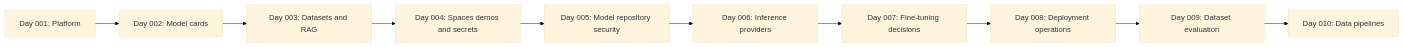
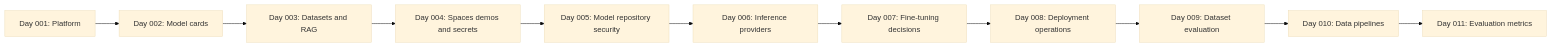
One commit to codetherapistpita-oss/codetherapistpita-oss changed the diagram in knowledge-hub/05-AI-AND-LLMS/AI-ACADEMY/PLATFORMS/HUGGING-FACE/SEASON-01/README.md. Above: the diagram before and after it, drawn with Mermaid (base theme). The commit also changed other lines of this file, not shown here.

Commit message:
academy: link Day 011 in platform and academy indexes

````diff
--- a/knowledge-hub/05-AI-AND-LLMS/AI-ACADEMY/PLATFORMS/HUGGING-FACE/SEASON-01/README.md
+++ b/knowledge-hub/05-AI-AND-LLMS/AI-ACADEMY/PLATFORMS/HUGGING-FACE/SEASON-01/README.md
@@ -26,12 +27,13 @@
 ```mermaid
 flowchart LR
  A[Day 001: Platform] --> B[Day 002: Model cards]
  B --> C[Day 003: Datasets and RAG]
  C --> D[Day 004: Spaces demos and secrets]
  D --> E[Day 005: Model repository security]
  E --> F[Day 006: Inference providers]
  F --> G[Day 007: Fine-tuning decisions]
  G --> H[Day 008: Deployment operations]
  H --> I[Day 009: Dataset evaluation]
  I --> J[Day 010: Data pipelines]
+ J --> K[Day 011: Evaluation metrics]
 ```
````
